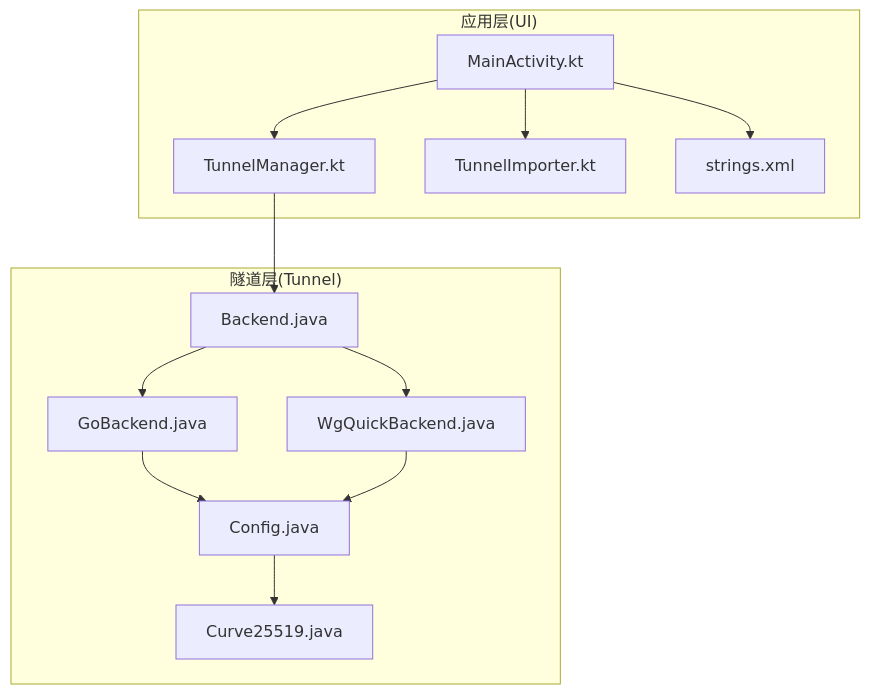
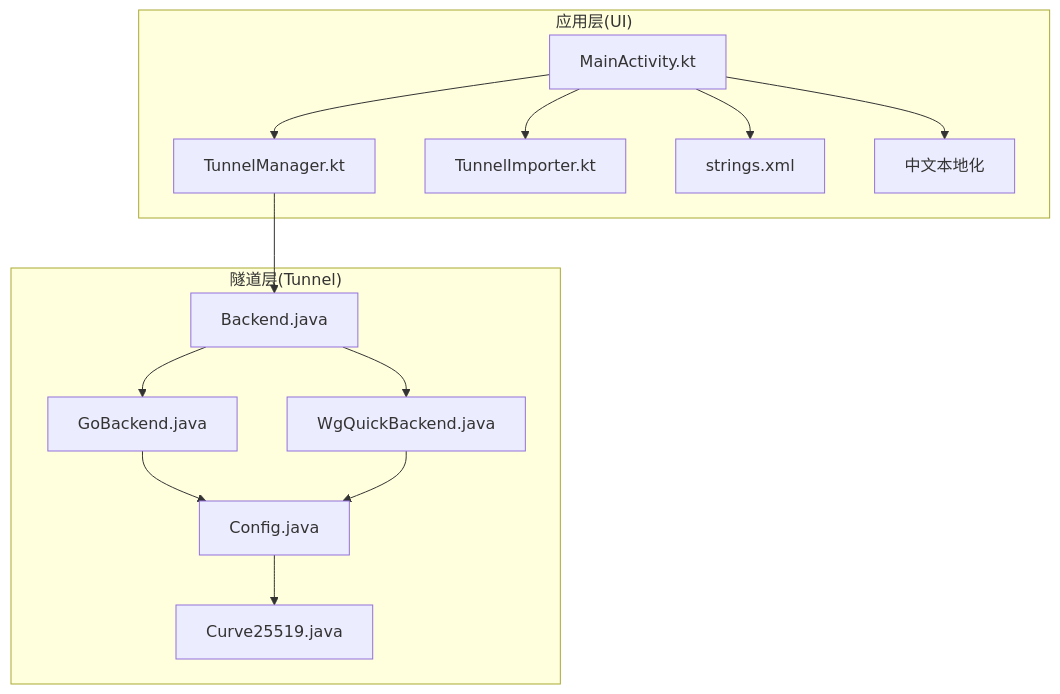
Before and after one commit to tea4go/wireguard-android: the second of 8 diagrams in .qoder/repowiki/zh/content/项目概述/项目介绍.md, drawn with Mermaid. The commit also changed other lines of this file and 4 other files, not shown here.

````diff
--- a/.qoder/repowiki/zh/content/项目概述/项目介绍.md
+++ b/.qoder/repowiki/zh/content/项目概述/项目介绍.md
@@ -71,25 +137,27 @@
 ```mermaid
 graph TB
 subgraph "应用层(UI)"
 UI_Main["MainActivity.kt"]
 UI_Model["TunnelManager.kt"]
 UI_Import["TunnelImporter.kt"]
 UI_Strings["strings.xml"]
+UI_Chinese["中文本地化"]
 end
 subgraph "隧道层(Tunnel)"
 T_Backend["Backend.java"]
 T_Go["GoBackend.java"]
 T_WgQuick["WgQuickBackend.java"]
 T_Config["Config.java"]
 T_Crypto["Curve25519.java"]
 end
 UI_Main --> UI_Model
 UI_Model --> T_Backend
 T_Backend --> T_Go
 T_Backend --> T_WgQuick
 T_Go --> T_Config
 T_WgQuick --> T_Config
 T_Config --> T_Crypto
 UI_Main --> UI_Import
 UI_Main --> UI_Strings
+UI_Main --> UI_Chinese
 ```
````
